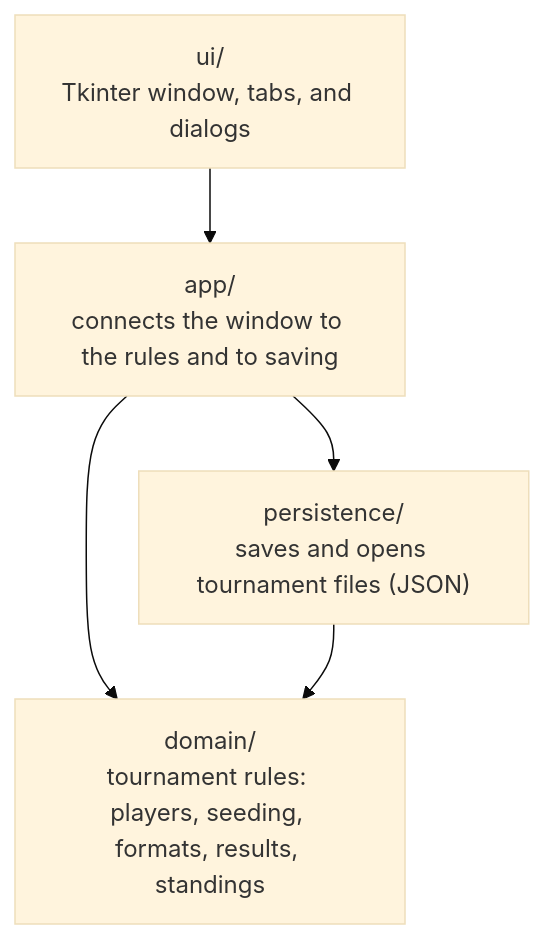
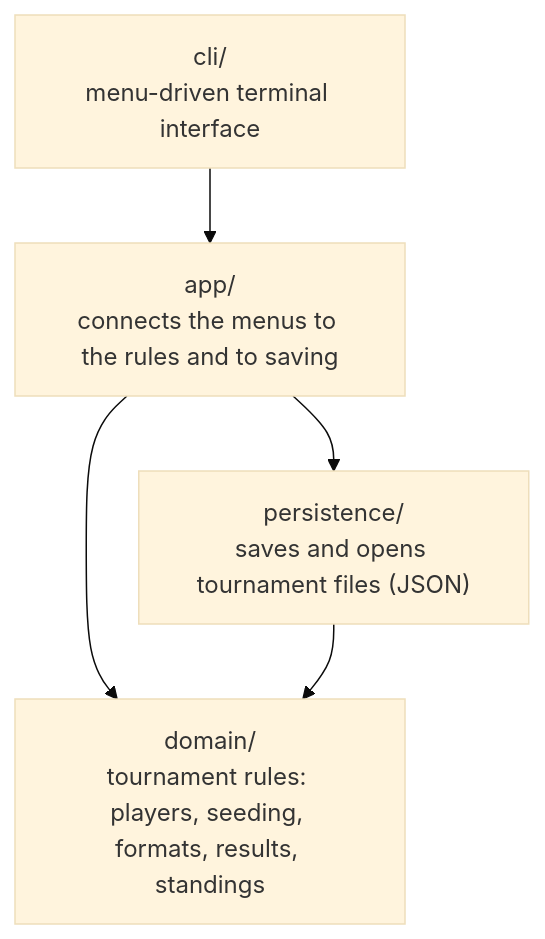
Before and after one commit to ajlight89/bracketeer: the first of 2 diagrams in docs/design.md, drawn with Mermaid (base theme). The commit also changed other lines of this file and 8 other files, not shown here.

Commit message:
docs: switch to a menu-driven terminal interface (#32)

````diff
--- a/docs/design.md
+++ b/docs/design.md
@@ -9,11 +9,11 @@
 ```mermaid
 flowchart TD
-    ui["ui/<br/>Tkinter window, tabs, and dialogs"]
-    app["app/<br/>connects the window to the rules and to saving"]
+    cli["cli/<br/>menu-driven terminal interface"]
+    app["app/<br/>connects the menus to the rules and to saving"]
     persistence["persistence/<br/>saves and opens tournament files (JSON)"]
     domain["domain/<br/>tournament rules: players, seeding, formats, results, standings"]
-    ui --> app
+    cli --> app
     app --> persistence
     app --> domain
     persistence --> domain
 ```
````
